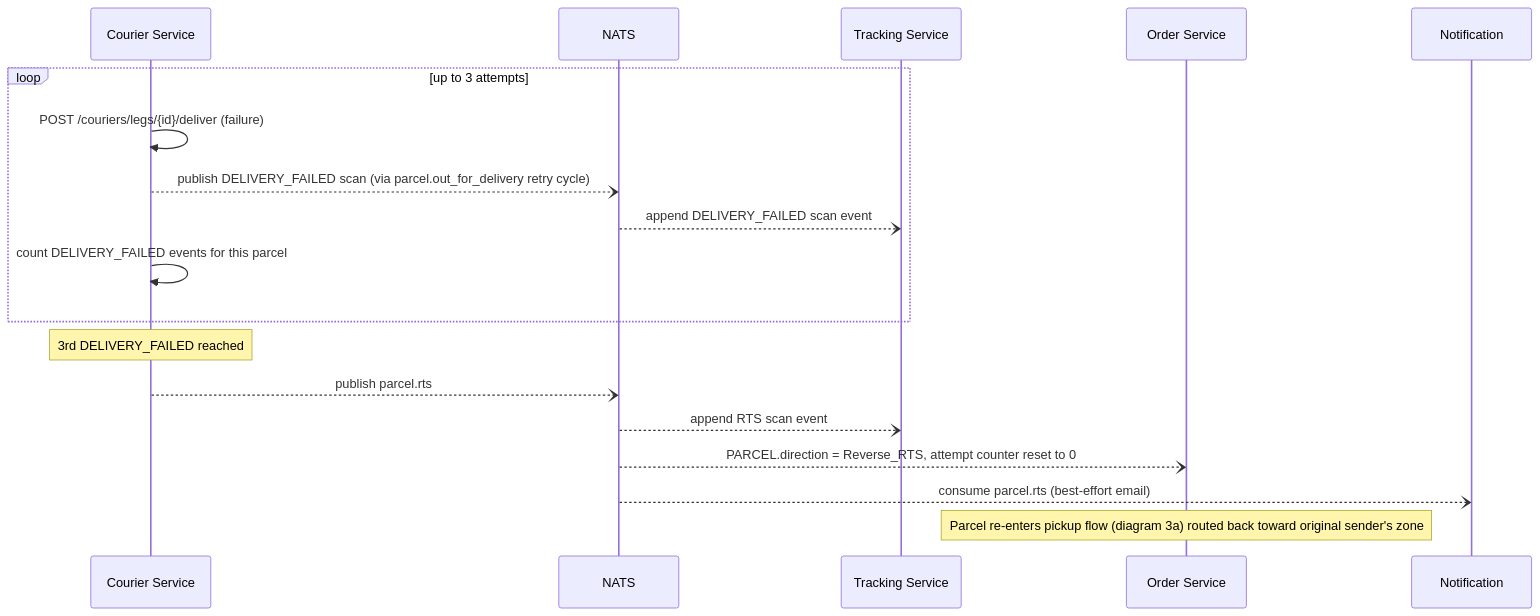
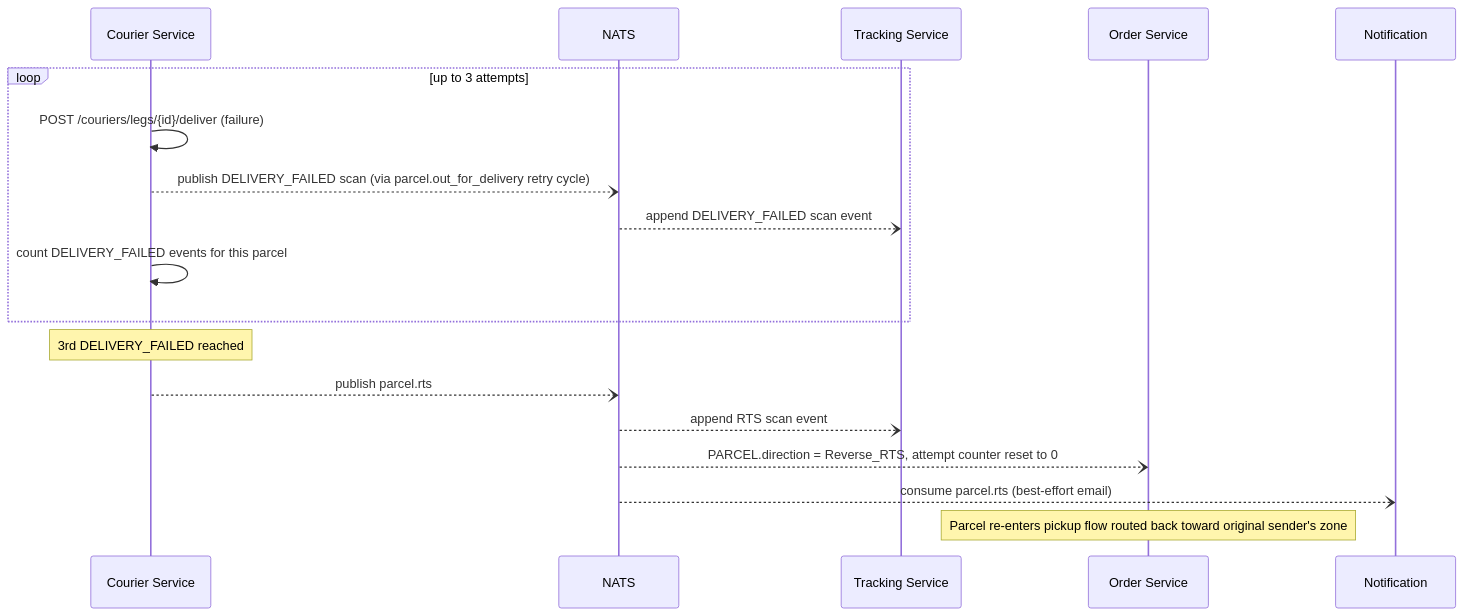
One commit to dunguyen-311201/nestjs changed the third of 3 diagrams in shipping-system/docs/lld/courier-service.md. Above: the diagram before and after it, drawn with Mermaid. The commit also changed other lines of this file and 10 other files, not shown here.

````diff
--- a/shipping-system/docs/lld/courier-service.md
+++ b/shipping-system/docs/lld/courier-service.md
@@ -73,22 +75,22 @@
 ```mermaid
 sequenceDiagram
     participant Courier as Courier Service
     participant NATS
     participant Tracking as Tracking Service
     participant Order as Order Service
     participant Notification
 
     loop up to 3 attempts
         Courier->>Courier: POST /couriers/legs/{id}/deliver (failure)
         Courier--)NATS: publish DELIVERY_FAILED scan (via parcel.out_for_delivery retry cycle)
         NATS--)Tracking: append DELIVERY_FAILED scan event
         Courier->>Courier: count DELIVERY_FAILED events for this parcel
     end
 
     Note over Courier: 3rd DELIVERY_FAILED reached
     Courier--)NATS: publish parcel.rts
     NATS--)Tracking: append RTS scan event
     NATS--)Order: PARCEL.direction = Reverse_RTS, attempt counter reset to 0
     NATS--)Notification: consume parcel.rts (best-effort email)
-    Note over Order: Parcel re-enters pickup flow (diagram 3a) routed back toward original sender's zone
+    Note over Order: Parcel re-enters pickup flow routed back toward original sender's zone
 ```
````
